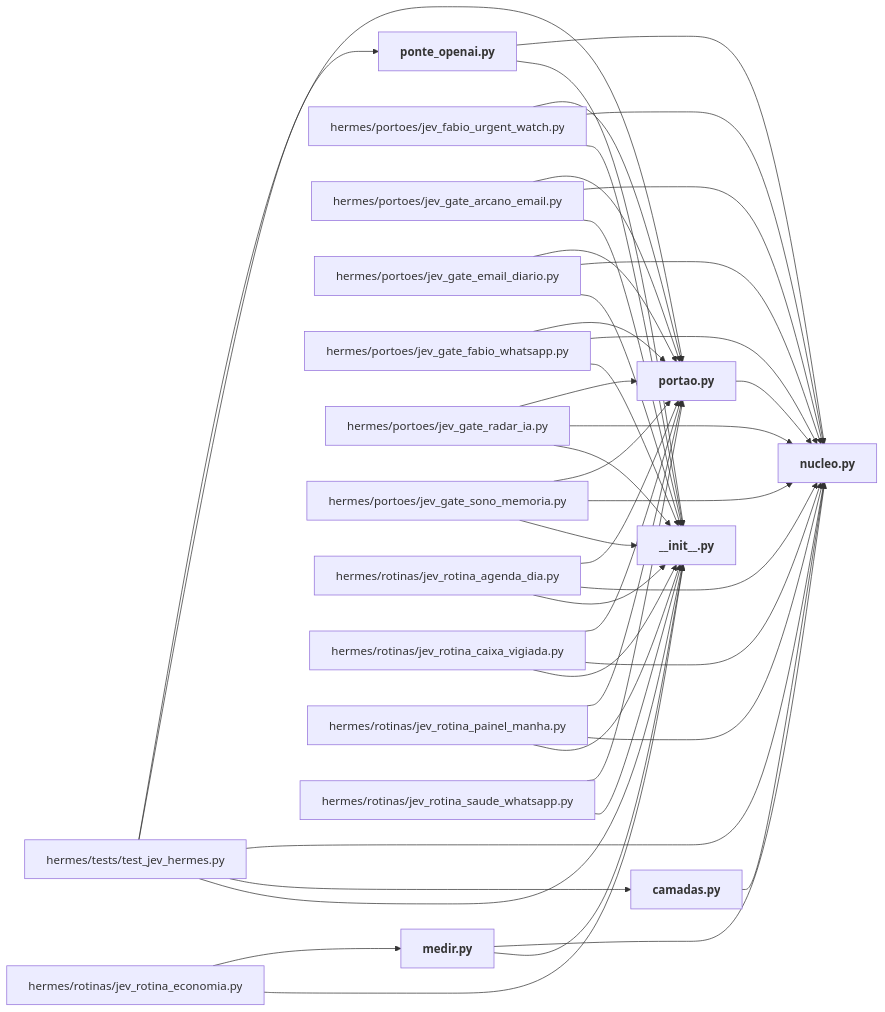
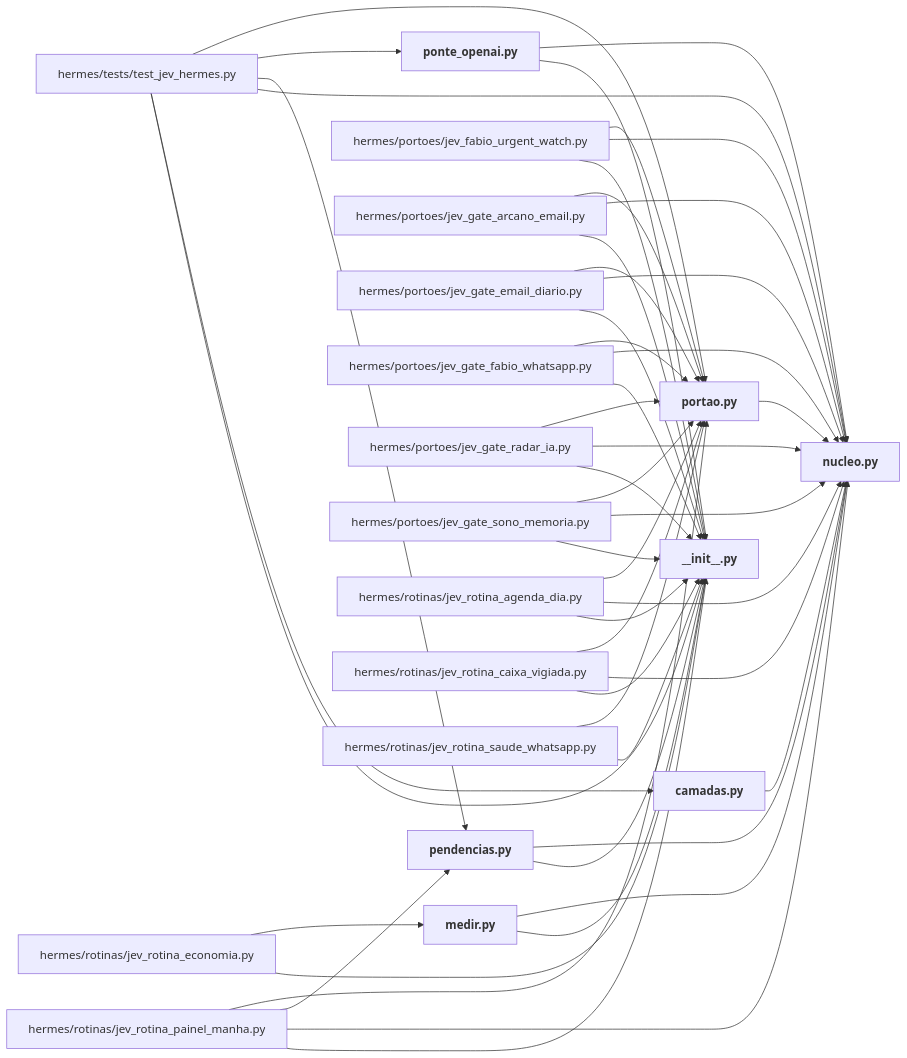
Before and after one commit to igormorais123/JEV: the diagram in mapa/pastas/hermes__jev_hermes.md, drawn with Mermaid. The commit also changed other lines of this file and 47 other files, not shown here.

````diff
--- a/mapa/pastas/hermes__jev_hermes.md
+++ b/mapa/pastas/hermes__jev_hermes.md
@@ -22,63 +23,68 @@
 ```mermaid
 flowchart LR
   n_hermes_jev_hermes___init___py["<b>__init__.py</b>"]
   n_hermes_jev_hermes_camadas_py["<b>camadas.py</b>"]
   n_hermes_jev_hermes_medir_py["<b>medir.py</b>"]
   n_hermes_jev_hermes_nucleo_py["<b>nucleo.py</b>"]
+  n_hermes_jev_hermes_pendencias_py["<b>pendencias.py</b>"]
   n_hermes_jev_hermes_ponte_openai_py["<b>ponte_openai.py</b>"]
   n_hermes_jev_hermes_portao_py["<b>portao.py</b>"]
   n_hermes_portoes_jev_fabio_urgent_watch_py["hermes/portoes/jev_fabio_urgent_watch.py"]
   n_hermes_portoes_jev_gate_arcano_email_py["hermes/portoes/jev_gate_arcano_email.py"]
   n_hermes_portoes_jev_gate_email_diario_py["hermes/portoes/jev_gate_email_diario.py"]
   n_hermes_portoes_jev_gate_fabio_whatsapp_py["hermes/portoes/jev_gate_fabio_whatsapp.py"]
   n_hermes_portoes_jev_gate_radar_ia_py["hermes/portoes/jev_gate_radar_ia.py"]
   n_hermes_portoes_jev_gate_sono_memoria_py["hermes/portoes/jev_gate_sono_memoria.py"]
   n_hermes_rotinas_jev_rotina_agenda_dia_py["hermes/rotinas/jev_rotina_agenda_dia.py"]
   n_hermes_rotinas_jev_rotina_caixa_vigiada_py["hermes/rotinas/jev_rotina_caixa_vigiada.py"]
   n_hermes_rotinas_jev_rotina_economia_py["hermes/rotinas/jev_rotina_economia.py"]
   n_hermes_rotinas_jev_rotina_painel_manha_py["hermes/rotinas/jev_rotina_painel_manha.py"]
   n_hermes_rotinas_jev_rotina_saude_whatsapp_py["hermes/rotinas/jev_rotina_saude_whatsapp.py"]
   n_hermes_tests_test_jev_hermes_py["hermes/tests/test_jev_hermes.py"]
   n_hermes_jev_hermes_camadas_py --> n_hermes_jev_hermes_nucleo_py
   n_hermes_jev_hermes_medir_py --> n_hermes_jev_hermes___init___py
   n_hermes_jev_hermes_medir_py --> n_hermes_jev_hermes_nucleo_py
+  n_hermes_jev_hermes_pendencias_py --> n_hermes_jev_hermes___init___py
+  n_hermes_jev_hermes_pendencias_py --> n_hermes_jev_hermes_nucleo_py
   n_hermes_jev_hermes_ponte_openai_py --> n_hermes_jev_hermes___init___py
   n_hermes_jev_hermes_ponte_openai_py --> n_hermes_jev_hermes_nucleo_py
   n_hermes_jev_hermes_portao_py --> n_hermes_jev_hermes_nucleo_py
   n_hermes_portoes_jev_fabio_urgent_watch_py --> n_hermes_jev_hermes___init___py
   n_hermes_portoes_jev_fabio_urgent_watch_py --> n_hermes_jev_hermes_nucleo_py
   n_hermes_portoes_jev_fabio_urgent_watch_py --> n_hermes_jev_hermes_portao_py
   n_hermes_portoes_jev_gate_arcano_email_py --> n_hermes_jev_hermes___init___py
   n_hermes_portoes_jev_gate_arcano_email_py --> n_hermes_jev_hermes_nucleo_py
   n_hermes_portoes_jev_gate_arcano_email_py --> n_hermes_jev_hermes_portao_py
   n_hermes_portoes_jev_gate_email_diario_py --> n_hermes_jev_hermes___init___py
   n_hermes_portoes_jev_gate_email_diario_py --> n_hermes_jev_hermes_nucleo_py
   n_hermes_portoes_jev_gate_email_diario_py --> n_hermes_jev_hermes_portao_py
   n_hermes_portoes_jev_gate_fabio_whatsapp_py --> n_hermes_jev_hermes___init___py
   n_hermes_portoes_jev_gate_fabio_whatsapp_py --> n_hermes_jev_hermes_nucleo_py
   n_hermes_portoes_jev_gate_fabio_whatsapp_py --> n_hermes_jev_hermes_portao_py
   n_hermes_portoes_jev_gate_radar_ia_py --> n_hermes_jev_hermes___init___py
   n_hermes_portoes_jev_gate_radar_ia_py --> n_hermes_jev_hermes_nucleo_py
   n_hermes_portoes_jev_gate_radar_ia_py --> n_hermes_jev_hermes_portao_py
   n_hermes_portoes_jev_gate_sono_memoria_py --> n_hermes_jev_hermes___init___py
   n_hermes_portoes_jev_gate_sono_memoria_py --> n_hermes_jev_hermes_nucleo_py
   n_hermes_portoes_jev_gate_sono_memoria_py --> n_hermes_jev_hermes_portao_py
   n_hermes_rotinas_jev_rotina_agenda_dia_py --> n_hermes_jev_hermes___init___py
   n_hermes_rotinas_jev_rotina_agenda_dia_py --> n_hermes_jev_hermes_nucleo_py
   n_hermes_rotinas_jev_rotina_agenda_dia_py --> n_hermes_jev_hermes_portao_py
   n_hermes_rotinas_jev_rotina_caixa_vigiada_py --> n_hermes_jev_hermes___init___py
   n_hermes_rotinas_jev_rotina_caixa_vigiada_py --> n_hermes_jev_hermes_nucleo_py
   n_hermes_rotinas_jev_rotina_caixa_vigiada_py --> n_hermes_jev_hermes_portao_py
   n_hermes_rotinas_jev_rotina_economia_py --> n_hermes_jev_hermes___init___py
   n_hermes_rotinas_jev_rotina_economia_py --> n_hermes_jev_hermes_medir_py
   n_hermes_rotinas_jev_rotina_painel_manha_py --> n_hermes_jev_hermes___init___py
   n_hermes_rotinas_jev_rotina_painel_manha_py --> n_hermes_jev_hermes_nucleo_py
+  n_hermes_rotinas_jev_rotina_painel_manha_py --> n_hermes_jev_hermes_pendencias_py
   n_hermes_rotinas_jev_rotina_painel_manha_py --> n_hermes_jev_hermes_portao_py
   n_hermes_rotinas_jev_rotina_saude_whatsapp_py --> n_hermes_jev_hermes___init___py
   n_hermes_rotinas_jev_rotina_saude_whatsapp_py --> n_hermes_jev_hermes_portao_py
   n_hermes_tests_test_jev_hermes_py --> n_hermes_jev_hermes___init___py
   n_hermes_tests_test_jev_hermes_py --> n_hermes_jev_hermes_camadas_py
   n_hermes_tests_test_jev_hermes_py --> n_hermes_jev_hermes_nucleo_py
+  n_hermes_tests_test_jev_hermes_py --> n_hermes_jev_hermes_pendencias_py
   n_hermes_tests_test_jev_hermes_py --> n_hermes_jev_hermes_ponte_openai_py
   n_hermes_tests_test_jev_hermes_py --> n_hermes_jev_hermes_portao_py
 ```
````
